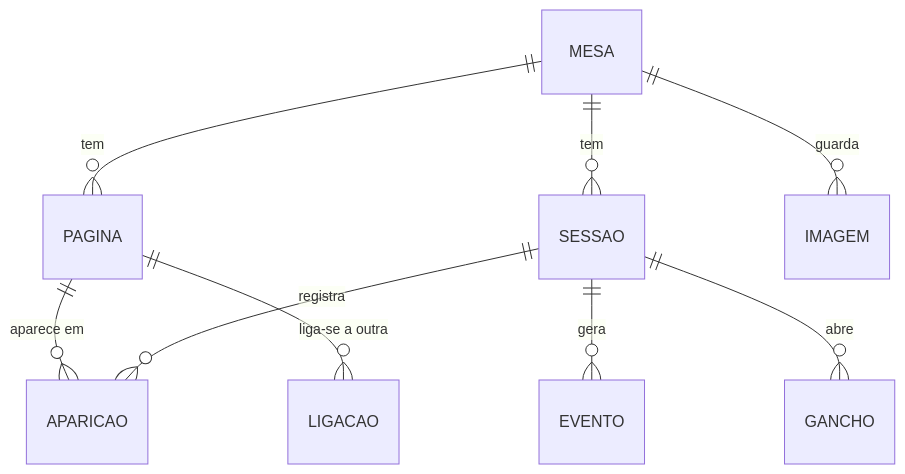
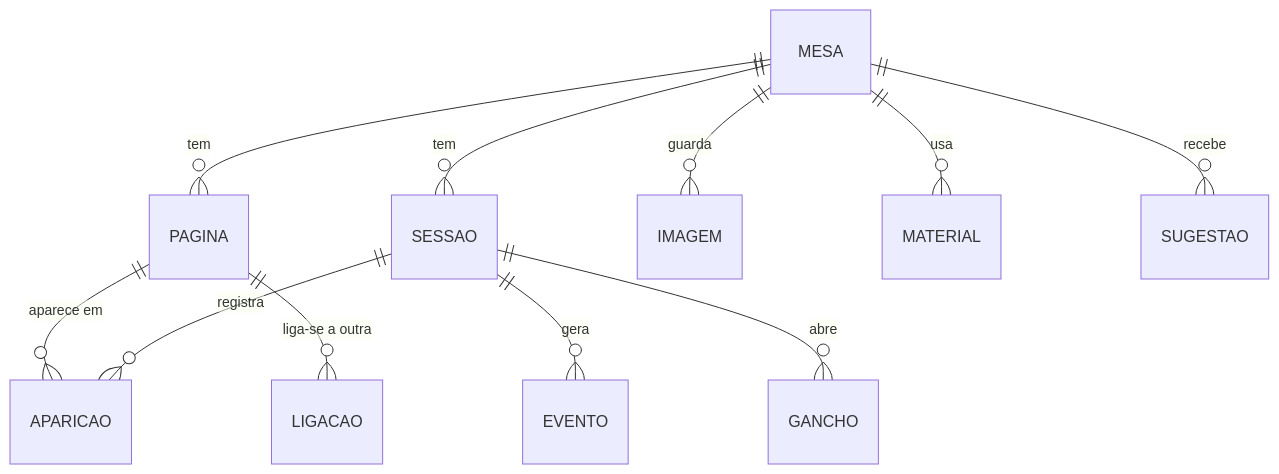
The diagram in docs/planejamento.md (CaueCunha/giriamestre), drawn with Mermaid before and after one commit. The commit also changed other lines of this file, not shown here.

````diff
--- a/docs/planejamento.md
+++ b/docs/planejamento.md
@@ -137,11 +150,13 @@
 ```mermaid
 erDiagram
     MESA ||--o{ PAGINA : "tem"
     MESA ||--o{ SESSAO : "tem"
     MESA ||--o{ IMAGEM : "guarda"
     PAGINA ||--o{ APARICAO : "aparece em"
     SESSAO ||--o{ APARICAO : "registra"
     PAGINA ||--o{ LIGACAO : "liga-se a outra"
     SESSAO ||--o{ EVENTO : "gera"
     SESSAO ||--o{ GANCHO : "abre"
+    MESA ||--o{ MATERIAL : "usa"
+    MESA ||--o{ SUGESTAO : "recebe"
 ```
````
